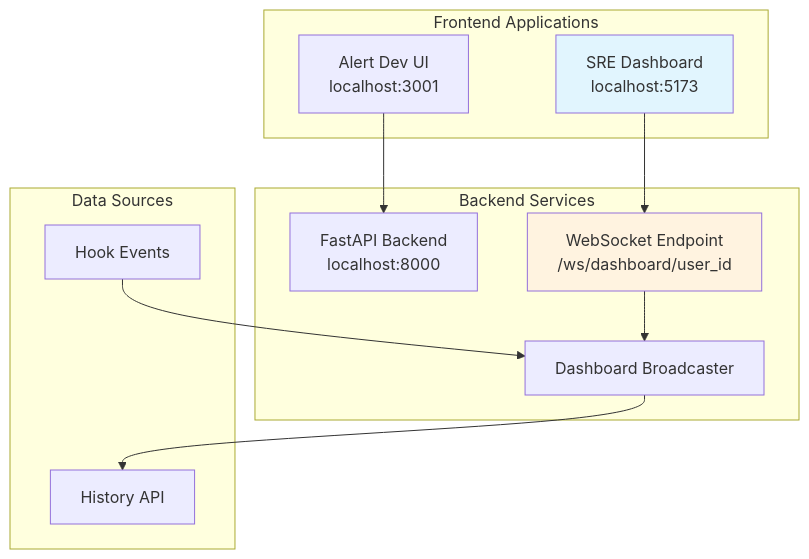
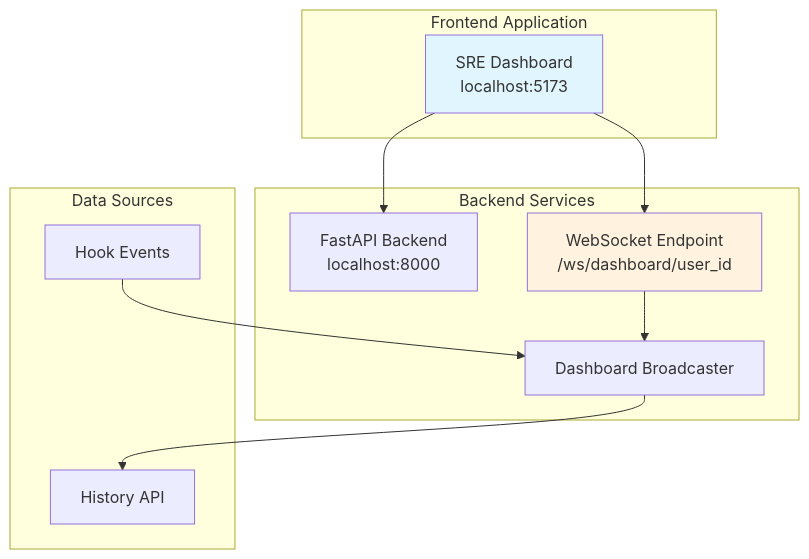
Before and after one commit to rsoaresd/tarsy-bot: the ninth of 10 diagrams in docs/functional-areas-design.md, drawn with Mermaid. The commit also changed other lines of this file and 22 other files, not shown here.

First line of the commit message:
EP-0018 Merging Dev UI into Dashboard  (#50)

````diff
--- a/docs/functional-areas-design.md
+++ b/docs/functional-areas-design.md
@@ -1028,28 +1028,27 @@
 ```mermaid
 graph TB
-    subgraph "Frontend Applications"
+    subgraph "Frontend Application"
         Dashboard[SRE Dashboard<br/>localhost:5173]
-        DevUI[Alert Dev UI<br/>localhost:3001]
     end
     
     subgraph "Backend Services"
         API[FastAPI Backend<br/>localhost:8000]
         WS["WebSocket Endpoint<br/>/ws/dashboard/user_id"]
         Broadcaster[Dashboard Broadcaster]
     end
     
     subgraph "Data Sources"
         History[History API]
         Hooks[Hook Events]
     end
     
     Dashboard --> WS
-    DevUI --> API
+    Dashboard --> API
     
     WS --> Broadcaster
     Broadcaster --> History
     Hooks --> Broadcaster
     
     style Dashboard fill:#e1f5fe
     style WS fill:#fff3e0
 ```
````
